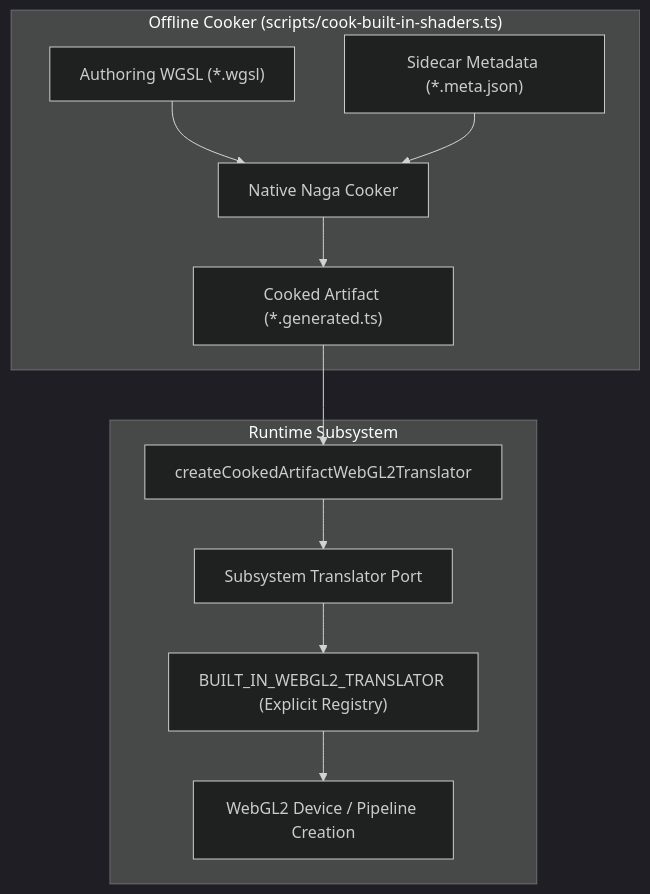
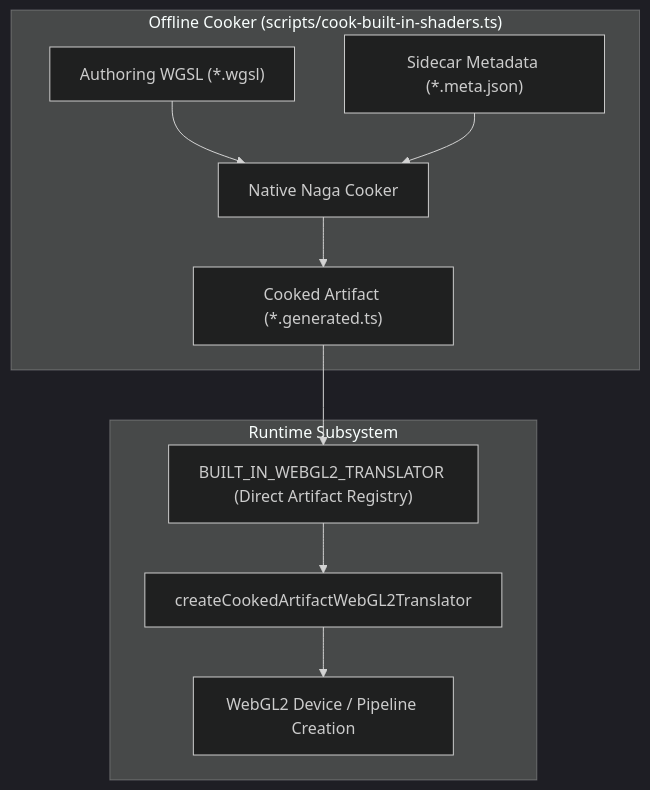
The diagram in src/shader/builtins/README.md (GeoLibra/AetherEngine), drawn with Mermaid (dark theme) before and after one commit. The commit also changed other lines of this file and 40 other files, not shown here.

Commit message:
refactor(shader): streamline built-in shader composition and lower webgl2 translation router to rhi

````diff
--- a/src/shader/builtins/README.md
+++ b/src/shader/builtins/README.md
@@ -37,15 +35,14 @@
 ```mermaid
 flowchart TD
     subgraph Offline["Offline Cooker (scripts/cook-built-in-shaders.ts)"]
         WGSL["Authoring WGSL (*.wgsl)"] --> Naga["Native Naga Cooker"]
         META["Sidecar Metadata (*.meta.json)"] --> Naga
         Naga --> GEN["Cooked Artifact (*.generated.ts)"]
     end
 
     subgraph Runtime["Runtime Subsystem"]
-        GEN --> ADAPT["createCookedArtifactWebGL2Translator"]
-        ADAPT --> TRANSLATOR["Subsystem Translator Port"]
-        TRANSLATOR --> ROUTER["BUILT_IN_WEBGL2_TRANSLATOR (Explicit Registry)"]
-        ROUTER --> WEBGL2["WebGL2 Device / Pipeline Creation"]
+        GEN --> ROUTER["BUILT_IN_WEBGL2_TRANSLATOR (Direct Artifact Registry)"]
+        ROUTER --> ADAPT["createCookedArtifactWebGL2Translator"]
+        ADAPT --> WEBGL2["WebGL2 Device / Pipeline Creation"]
     end
 ```
````
